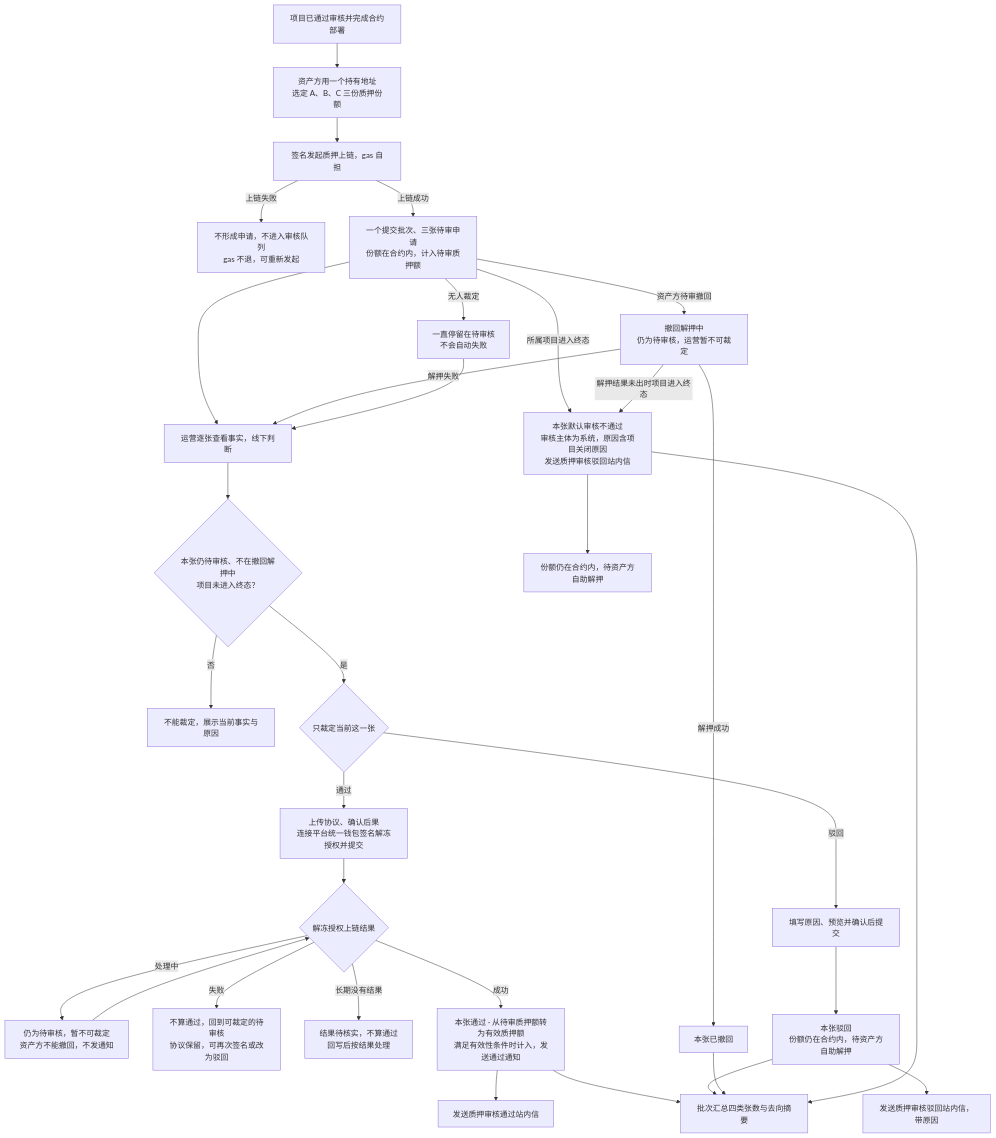
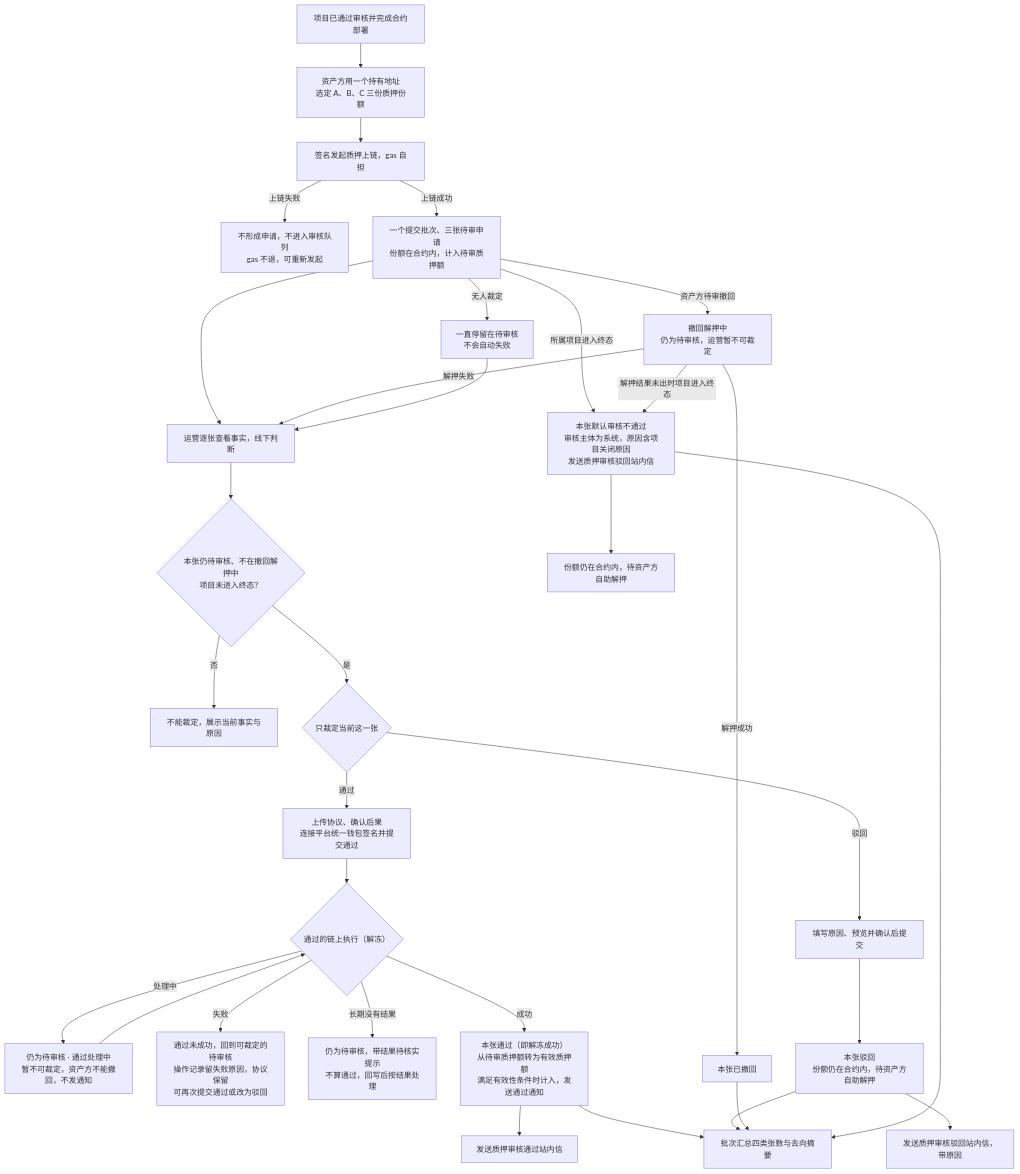
The first of 5 diagrams in lending-platform/PRD/运营端/06-代币质押审核/02-代币质押审核-流程图与状态机.md (wxblockchain/Chain-Financing), drawn with Mermaid before and after one commit. The commit also changed other lines of this file and 4 other files, not shown here.

````diff
--- a/lending-platform/PRD/运营端/06-代币质押审核/02-代币质押审核-流程图与状态机.md
+++ b/lending-platform/PRD/运营端/06-代币质押审核/02-代币质押审核-流程图与状态机.md
@@ -19,34 +19,34 @@
 ```mermaid
 flowchart TD
   S["项目已通过审核并完成合约部署"] --> A["资产方用一个持有地址<br/>选定 A、B、C 三份质押份额"]
   A --> T["签名发起质押上链，gas 自担"]
   T -- "上链失败" --> TF["不形成申请，不进入审核队列<br/>gas 不退，可重新发起"]
   T -- "上链成功" --> B["一个提交批次、三张待审申请<br/>份额在合约内，计入待审质押额"]
   B --> C["运营逐张查看事实，线下判断"]
   C --> D{"本张仍待审核、不在撤回解押中<br/>项目未进入终态？"}
   D -- "否" --> E["不能裁定，展示当前事实与原因"]
   D -- "是" --> F{"只裁定当前这一张"}
-  F -- "通过" --> G["上传协议、确认后果<br/>连接平台统一钱包签名解冻授权并提交"]
-  G --> U{"解冻授权上链结果"}
-  U -- "处理中" --> U1["仍为待审核，暂不可裁定<br/>资产方不能撤回，不发通知"]
+  F -- "通过" --> G["上传协议、确认后果<br/>连接平台统一钱包签名并提交通过"]
+  G --> U{"通过的链上执行（解冻）"}
+  U -- "处理中" --> U1["仍为待审核 · 通过处理中<br/>暂不可裁定，资产方不能撤回，不发通知"]
   U1 --> U
-  U -- "失败" --> U2["不算通过，回到可裁定的待审核<br/>协议保留，可再次签名或改为驳回"]
-  U -- "长期没有结果" --> U3["结果待核实，不算通过<br/>回写后按结果处理"]
+  U -- "失败" --> U2["通过未成功，回到可裁定的待审核<br/>操作记录留失败原因，协议保留<br/>可再次提交通过或改为驳回"]
+  U -- "长期没有结果" --> U3["仍为待审核，带结果待核实提示<br/>不算通过，回写后按结果处理"]
   F -- "驳回" --> H["填写原因、预览并确认后提交"]
-  U -- "成功" --> J["本张通过 · 从待审质押额转为有效质押额<br/>满足有效性条件时计入，发送通过通知"]
+  U -- "成功" --> J["本张通过（即解冻成功）<br/>从待审质押额转为有效质押额<br/>满足有效性条件时计入，发送通过通知"]
   H --> K["本张驳回<br/>份额仍在合约内，待资产方自助解押"]
   J --> L["发送质押审核通过站内信"]
   K --> M["发送质押审核驳回站内信，带原因"]
   B -- "资产方待审撤回" --> RP["撤回解押中<br/>仍为待审核，运营暂不可裁定"]
   RP -- "解押成功" --> N["本张已撤回"]
   RP -- "解押失败" --> C
   B -- "所属项目进入终态" --> CL["本张默认审核不通过<br/>审核主体为系统，原因含项目关闭原因<br/>发送质押审核驳回站内信"]
   RP -- "解押结果未出时项目进入终态" --> CL
   CL --> K2["份额仍在合约内，待资产方自助解押"]
   B -- "无人裁定" --> W["一直停留在待审核<br/>不会自动失败"]
   W --> C
   J --> Q["批次汇总四类张数与去向摘要"]
   K --> Q
   N --> Q
   CL --> Q
 ```
````
